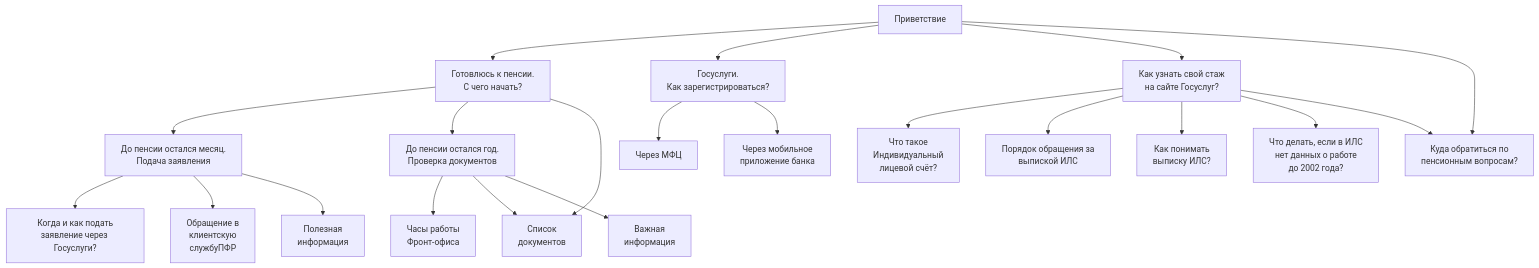
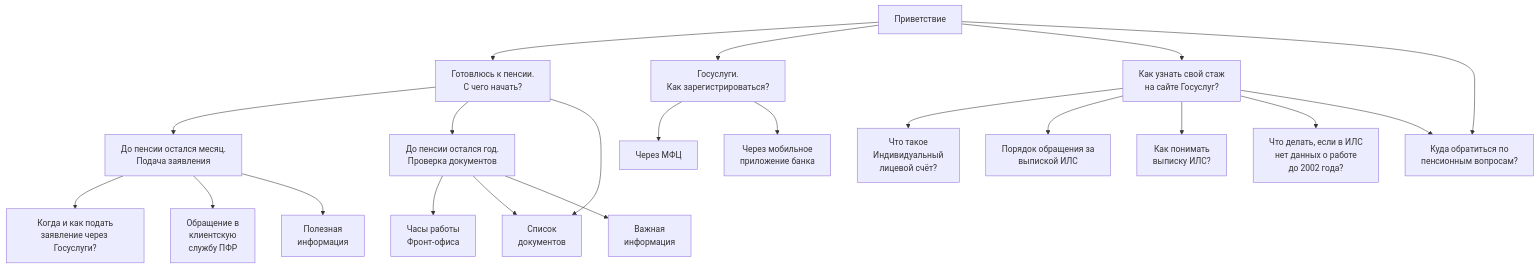
The diagram in README.md (bullbesh/pfr_instruction), drawn with Mermaid before and after one commit.

Commit message:
Добавление недостающего пробела в узел схемы

````diff
--- a/README.md
+++ b/README.md
@@ -16,56 +16,56 @@
 ```mermaid
 flowchart TD;
     Main["Приветствие"];
     PensionPeriod["Готовлюсь к пенсии.\nС чего начать?"];
     GosuslugiRegistration["Госyслуги.\nКак зарегистрироваться?"];
     GosuslugiExperience["Как узнать свой стаж\nна сайте Госуслуг?"];
     ContactInfo["Куда обратиться по\nпенсионным вопросам?"];
 
     YearPeriod["До пенсии остался год.\nПроверка документов"];
     MonthPeriod["До пенсии остался месяц.\nПодача заявления"];
     NeedDocuments["Список\nдокументов"];
 
     MFCRegistrarion["Через МФЦ"];
     MobileBankAppRegistration["Через мобильное\nприложение банка"];
 
     ILSExplanation["Что такое\nИндивидуальный\nлицевой счёт?"];
     ILSAppealOrder["Порядок обращения за\nвыпиской ИЛС"];
     ILSDischargeGuide["Как понимать\nвыписку ИЛС?"];
     About2002Works["Что делать, если в ИЛС\nнет данных о работе\nдо 2002 года?"];
 
     Schedule["Часы работы\nФронт-офиса"];
     YearlyAttention["Важная\nинформация"];
 
     WhenApply["Когда и как подать\nзаявление через Госуслуги?"];
-    PFRAppeal["Обращение в\nклиентскую\nслужбуПФР"];
+    PFRAppeal["Обращение в\nклиентскую\nслужбу ПФР"];
     MonthAttention["Полезная\nинформация"];
 
 
 
     Main --> PensionPeriod;
     Main --> GosuslugiRegistration;
     Main --> GosuslugiExperience;
     Main --> ContactInfo;
 
     PensionPeriod --> MonthPeriod;
     PensionPeriod --> YearPeriod;
     PensionPeriod --> NeedDocuments;
 
     GosuslugiRegistration --> MFCRegistrarion;
     GosuslugiRegistration --> MobileBankAppRegistration;
 
     GosuslugiExperience --> ILSExplanation;
     GosuslugiExperience --> ILSAppealOrder;
     GosuslugiExperience --> ILSDischargeGuide;
     GosuslugiExperience --> About2002Works;
     GosuslugiExperience --> ContactInfo;
 
     YearPeriod --> Schedule;
     YearPeriod --> NeedDocuments;
     YearPeriod --> YearlyAttention;
 
     MonthPeriod --> WhenApply;
     MonthPeriod --> PFRAppeal;
     MonthPeriod --> MonthAttention;
     
 ```
````
